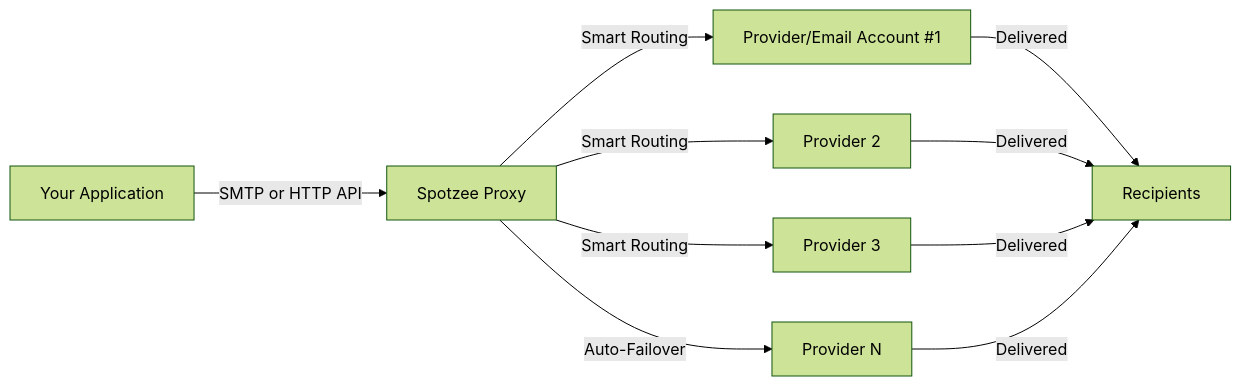
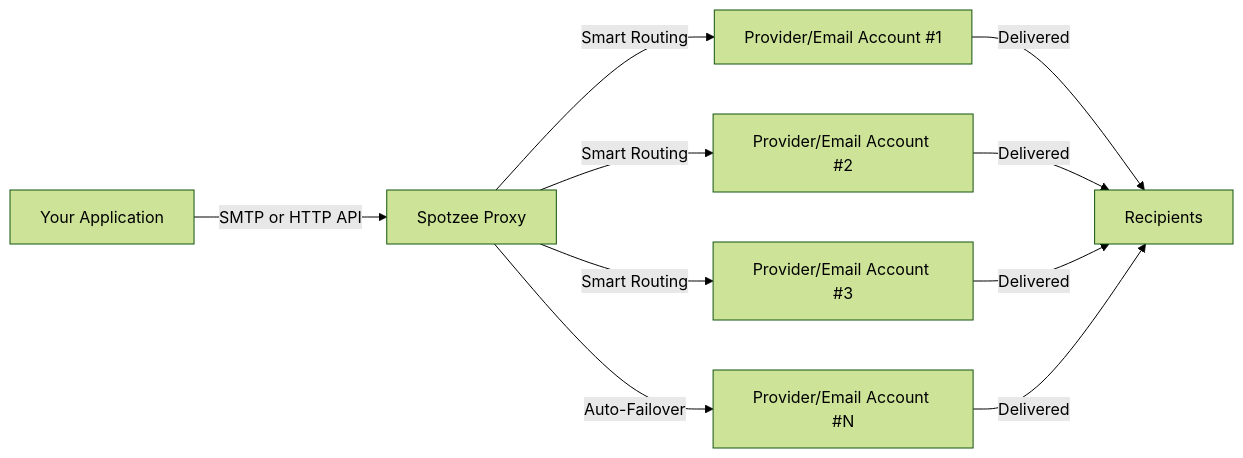
Before and after one commit to spotzee-marketing/email-proxy-mailwizz-extension: the diagram in README.md, drawn with Mermaid (forest theme). The commit also changed other lines of this file, not shown here.

````diff
--- a/README.md
+++ b/README.md
@@ -64,12 +64,12 @@
 ```mermaid
 graph LR
     A[Your Application] -->|SMTP or HTTP API| B[Spotzee Proxy]
     B -->|Smart Routing| C[Provider/Email Account #1]
-    B -->|Smart Routing| D[Provider 2]
-    B -->|Smart Routing| E[Provider 3]
-    B -->|Auto-Failover| F[Provider N]
+    B -->|Smart Routing| D[Provider/Email Account #2]
+    B -->|Smart Routing| E[Provider/Email Account #3]
+    B -->|Auto-Failover| F[Provider/Email Account #N]
     C -->|Delivered| G[Recipients]
     D -->|Delivered| G
     E -->|Delivered| G
     F -->|Delivered| G
 ```
````
